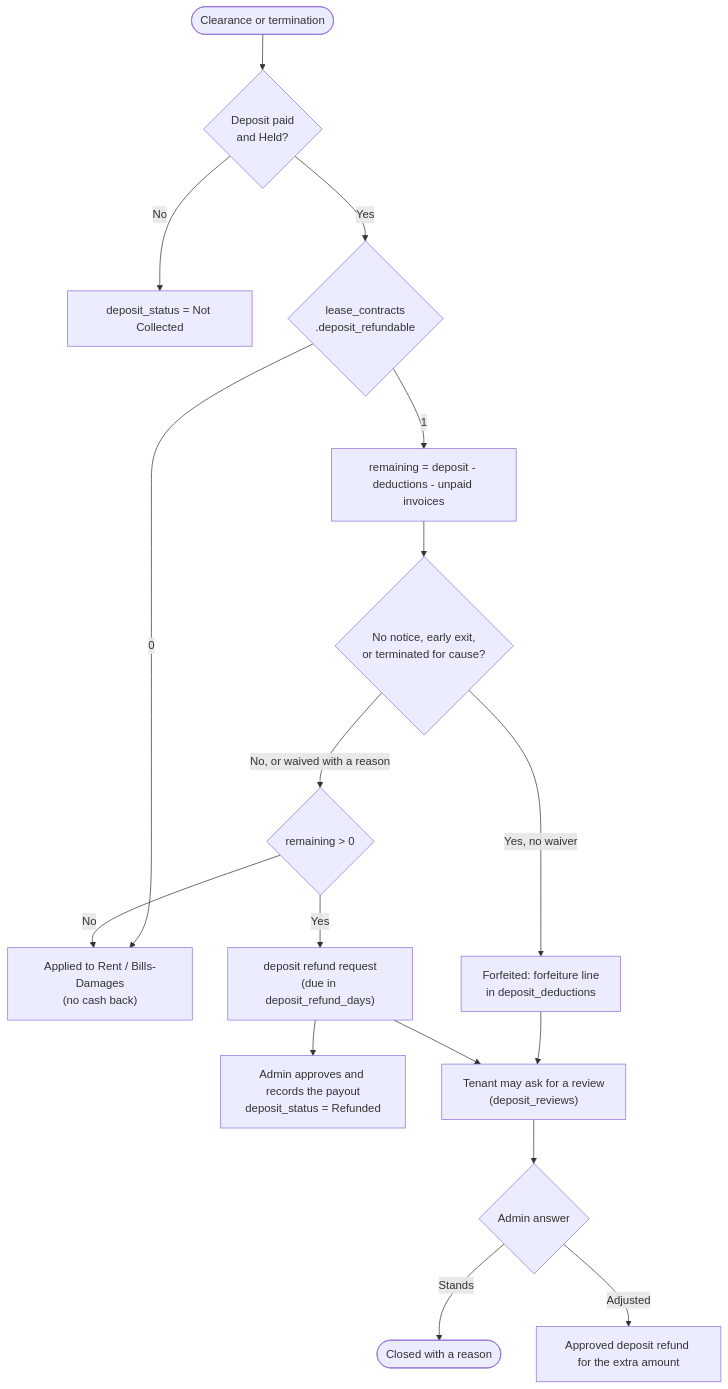
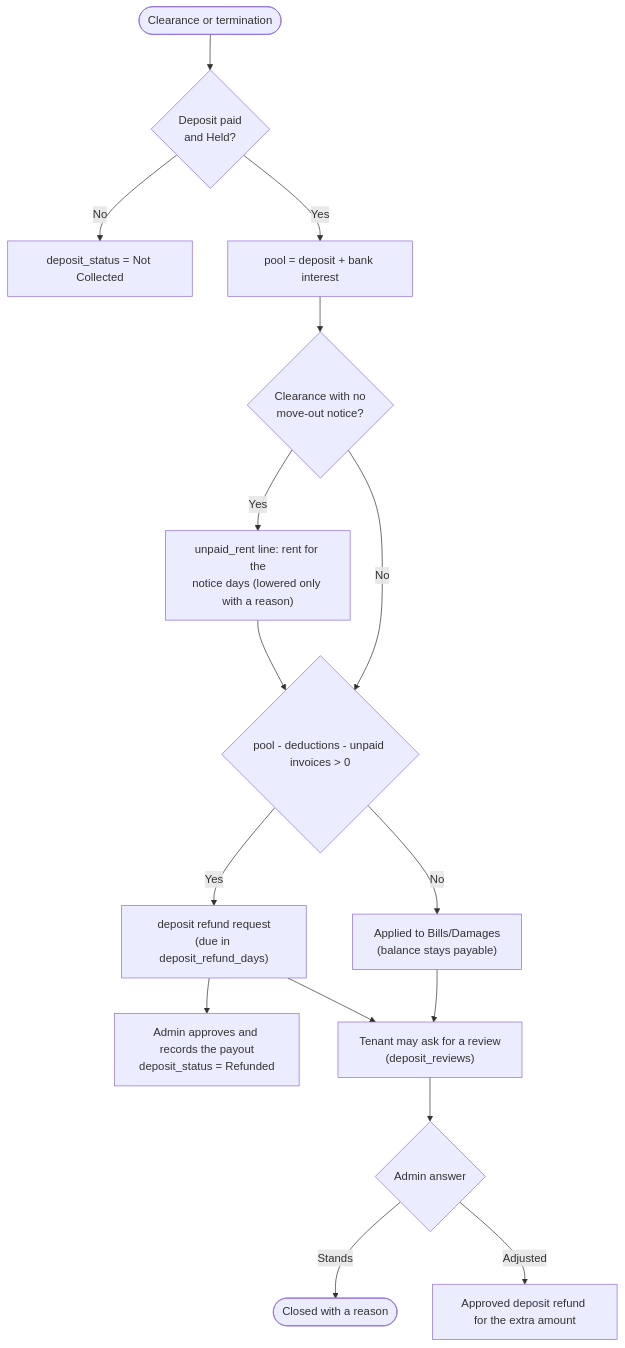
Before and after one commit to Keonbe/ApartmentManagementSystem_React: diagram 24 of 24 in docs/documentation/system_diagrams.md, drawn with Mermaid. The commit also changed other lines of this file and 39 other files, not shown here.

First line of the commit message:
feat(compliance): enforce RA 9653 rent cap, ejectment grounds, itemized deposit and late-fee ceiling

````diff
--- a/docs/documentation/system_diagrams.md
+++ b/docs/documentation/system_diagrams.md
@@ -1734,19 +1734,18 @@
 ```mermaid
 flowchart TD
     A([Clearance or termination]) --> B{Deposit paid<br/>and Held?}
     B -->|No| N["deposit_status = Not Collected"]
-    B -->|Yes| C{"lease_contracts<br/>.deposit_refundable"}
-    C -->|0| D["Applied to Rent / Bills-Damages<br/>(no cash back)"]
-    C -->|1| E["remaining = deposit - deductions - unpaid invoices"]
-    E --> F{"No notice, early exit,<br/>or terminated for cause?"}
-    F -->|Yes, no waiver| G["Forfeited: forfeiture line<br/>in deposit_deductions"]
-    F -->|No, or waived with a reason| H{remaining > 0}
+    B -->|Yes| E["pool = deposit + bank interest"]
+    E --> F{"Clearance with no<br/>move-out notice?"}
+    F -->|Yes| G["unpaid_rent line: rent for the<br/>notice days (lowered only with a reason)"]
+    F -->|No| H
+    G --> H{"pool - deductions - unpaid invoices > 0"}
     H -->|Yes| I["deposit refund request<br/>(due in deposit_refund_days)"]
-    H -->|No| D
+    H -->|No| D["Applied to Bills/Damages<br/>(balance stays payable)"]
     I --> J["Admin approves and records the payout<br/>deposit_status = Refunded"]
-    G --> K["Tenant may ask for a review<br/>(deposit_reviews)"]
+    D --> K["Tenant may ask for a review<br/>(deposit_reviews)"]
     I --> K
     K --> L{Admin answer}
     L -->|Stands| M([Closed with a reason])
     L -->|Adjusted| O["Approved deposit refund for the extra amount"]
 ```
````
